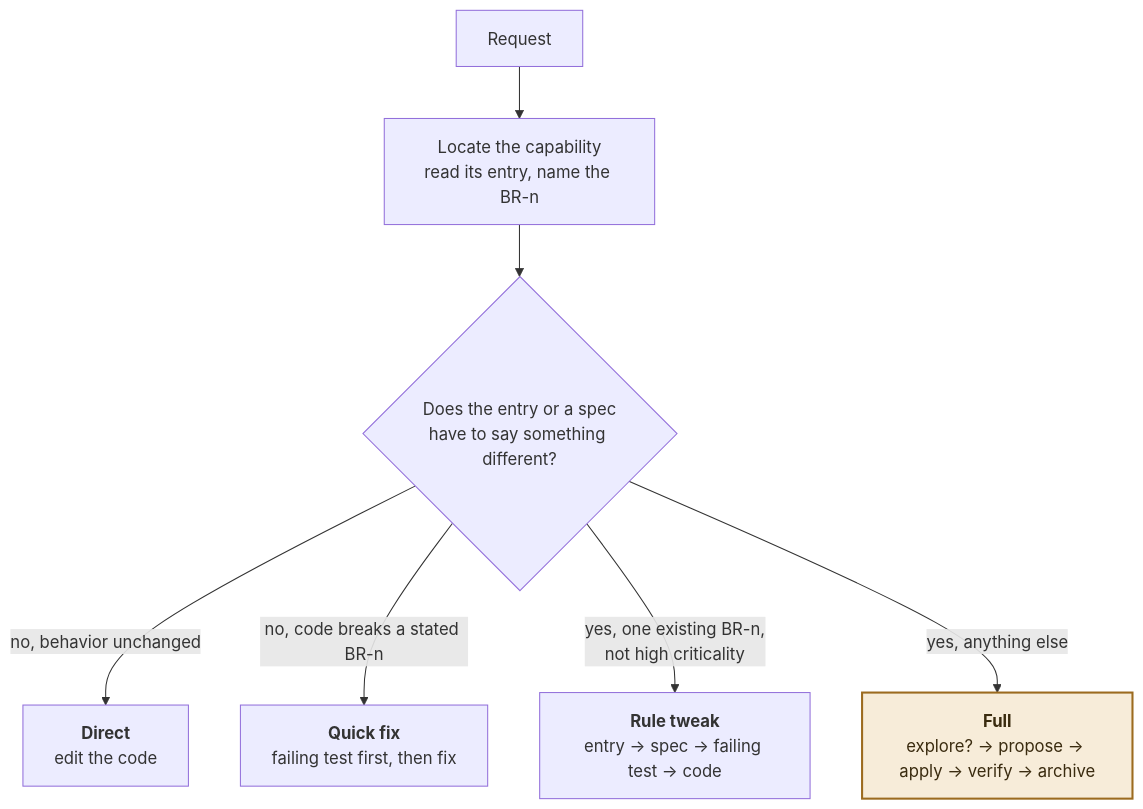
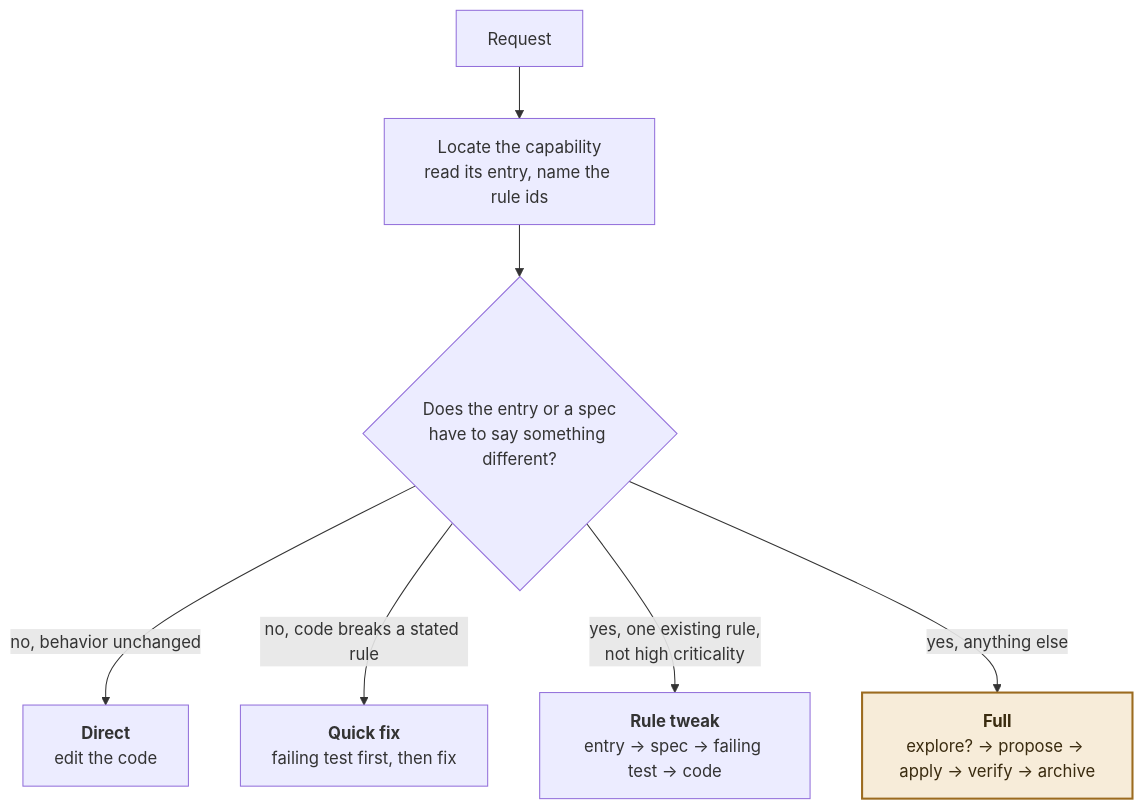
The first of 2 diagrams in docs/workflow-at-a-glance.md (amagumolabs/okf-kit), drawn with Mermaid before and after one commit. The commit also changed other lines of this file and 16 other files, not shown here.

First line of the commit message:
feat: drift warnings, slug rule ids, capability-qualified citations

````diff
--- a/docs/workflow-at-a-glance.md
+++ b/docs/workflow-at-a-glance.md
@@ -19,12 +20,12 @@
 ```mermaid
 flowchart TD
-    R["Request"] --> L["Locate the capability<br/>read its entry, name the BR-n"]
+    R["Request"] --> L["Locate the capability<br/>read its entry, name the rule ids"]
     L --> Q{"Does the entry or a spec<br/>have to say something different?"}
     Q -- "no, behavior unchanged" --> D["<b>Direct</b><br/>edit the code"]
-    Q -- "no, code breaks a stated BR-n" --> F["<b>Quick fix</b><br/>failing test first, then fix"]
-    Q -- "yes, one existing BR-n,<br/>not high criticality" --> T["<b>Rule tweak</b><br/>entry → spec → failing test → code"]
+    Q -- "no, code breaks a stated rule" --> F["<b>Quick fix</b><br/>failing test first, then fix"]
+    Q -- "yes, one existing rule,<br/>not high criticality" --> T["<b>Rule tweak</b><br/>entry → spec → failing test → code"]
     Q -- "yes, anything else" --> X["<b>Full</b><br/>explore? → propose → apply → verify → archive"]
 
     classDef full fill:#f7ecd9,stroke:#9c6b1f,color:#3a2b0f,stroke-width:2px
     class X full
 ```
````
